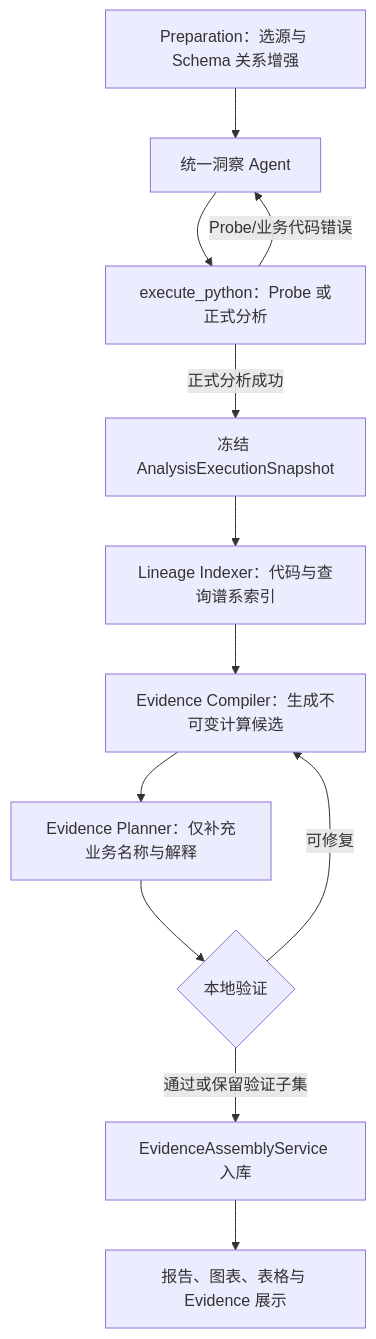
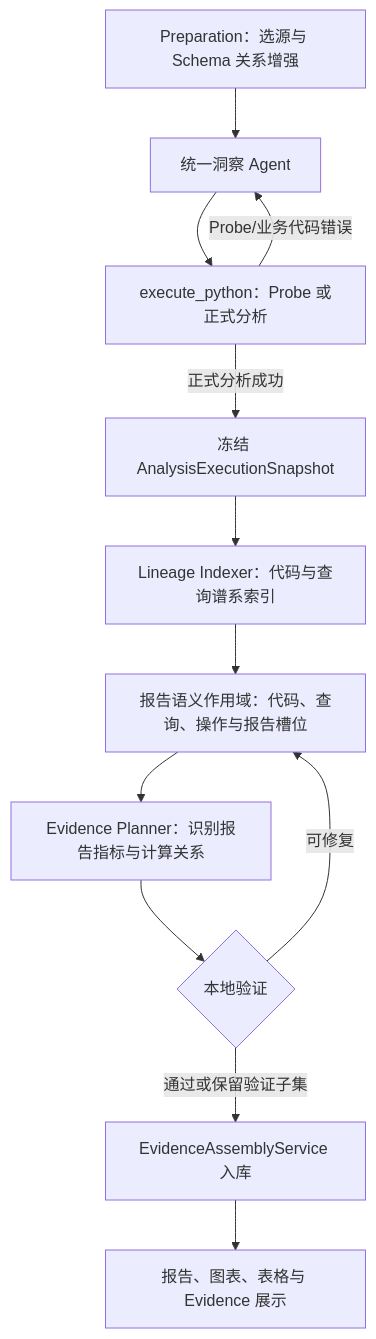
Before and after one commit to wszlesile/DataInsight: the diagram in docs/post-analysis-evidence-architecture.md, drawn with Mermaid. The commit also changed other lines of this file and 20 other files, not shown here.

````diff
--- a/docs/post-analysis-evidence-architecture.md
+++ b/docs/post-analysis-evidence-architecture.md
@@ -92,14 +92,14 @@
 ```mermaid
 flowchart TD
     A["Preparation：选源与 Schema 关系增强"] --> B["统一洞察 Agent"]
     B --> C["execute_python：Probe 或正式分析"]
     C -- "Probe/业务代码错误" --> B
     C -- "正式分析成功" --> D["冻结 AnalysisExecutionSnapshot"]
     D --> E["Lineage Indexer：代码与查询谱系索引"]
-    E --> F["Evidence Compiler：生成不可变计算候选"]
-    F --> G["Evidence Planner：仅补充业务名称与解释"]
+    E --> F["报告语义作用域：代码、查询、操作与报告槽位"]
+    F --> G["Evidence Planner：识别报告指标与计算关系"]
     G --> H{"本地验证"}
     H -- "可修复" --> F
     H -- "通过或保留验证子集" --> I["EvidenceAssemblyService 入库"]
     I --> J["报告、图表、表格与 Evidence 展示"]
 ```
````
